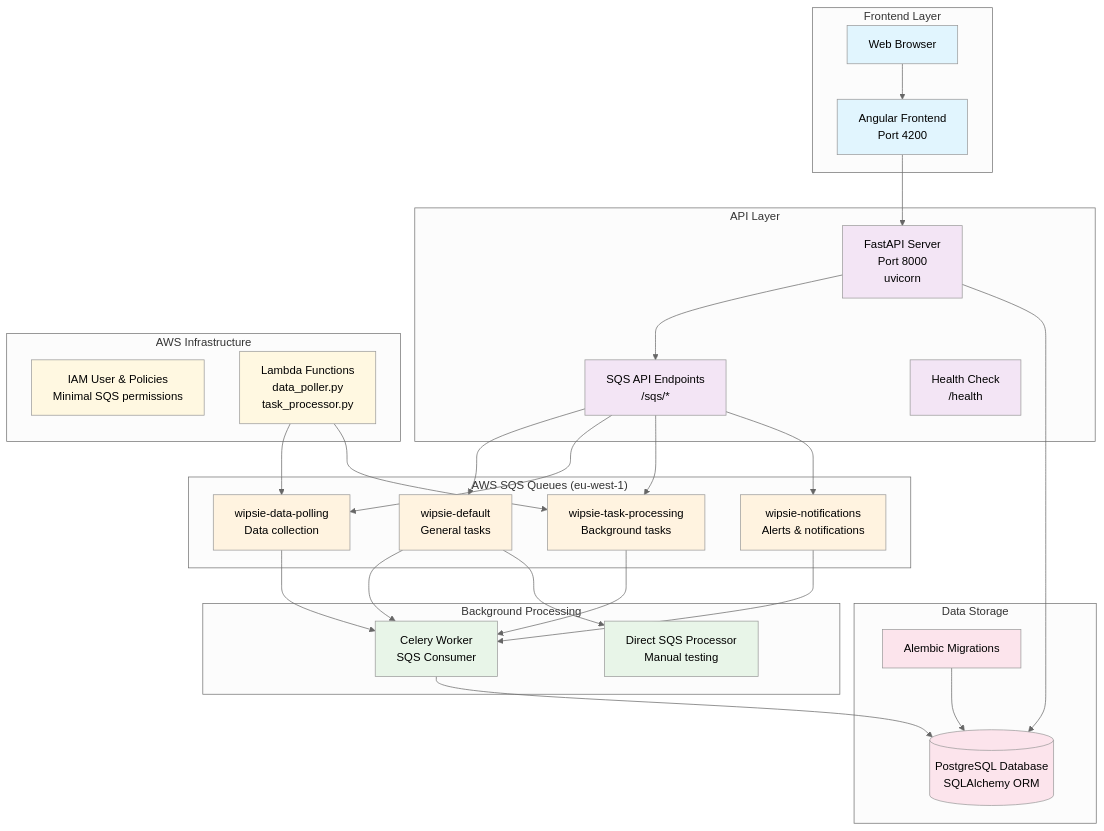
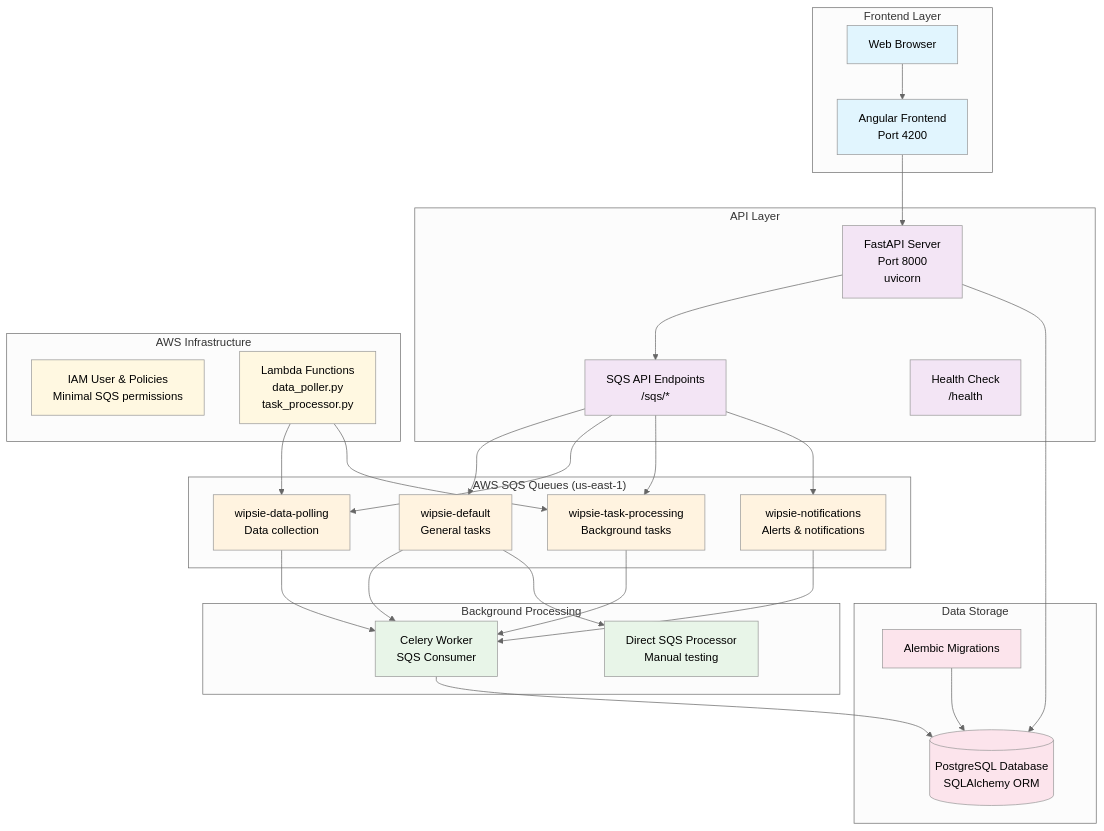
Before and after one commit to Dinkymoo/wipsie: the first of 6 diagrams in docs/ARCHITECTURE.md, drawn with Mermaid (neutral theme). The commit also changed other lines of this file and 33 other files, not shown here.

````diff
--- a/docs/ARCHITECTURE.md
+++ b/docs/ARCHITECTURE.md
@@ -27,79 +27,79 @@
 ```mermaid
 graph TB
     %% User Interface Layer
     subgraph "Frontend Layer"
         UI[Angular Frontend<br/>Port 4200]
         Browser[Web Browser]
     end
     
     %% API Layer
     subgraph "API Layer"
         FastAPI[FastAPI Server<br/>Port 8000<br/>uvicorn]
         SQSEndpoints[SQS API Endpoints<br/>/sqs/*]
         HealthCheck[Health Check<br/>/health]
     end
     
     %% Message Queue Layer
-    subgraph "AWS SQS Queues (eu-west-1)"
+    subgraph "AWS SQS Queues (us-east-1)"
         DefaultQ[wipsie-default<br/>General tasks]
         DataPollingQ[wipsie-data-polling<br/>Data collection]
         TaskProcessingQ[wipsie-task-processing<br/>Background tasks]
         NotificationsQ[wipsie-notifications<br/>Alerts & notifications]
     end
     
     %% Worker Layer
     subgraph "Background Processing"
         CeleryWorker[Celery Worker<br/>SQS Consumer]
         DirectProcessor[Direct SQS Processor<br/>Manual testing]
     end
     
     %% Data Layer
     subgraph "Data Storage"
         PostgreSQL[(PostgreSQL Database<br/>SQLAlchemy ORM)]
         Alembic[Alembic Migrations]
     end
     
     %% AWS Services
     subgraph "AWS Infrastructure"
         IAM[IAM User & Policies<br/>Minimal SQS permissions]
         Lambda[Lambda Functions<br/>data_poller.py<br/>task_processor.py]
     end
     
     %% Connections
     Browser --> UI
     UI --> FastAPI
     FastAPI --> SQSEndpoints
     SQSEndpoints --> DefaultQ
     SQSEndpoints --> DataPollingQ
     SQSEndpoints --> TaskProcessingQ
     SQSEndpoints --> NotificationsQ
     
     DefaultQ --> CeleryWorker
     DataPollingQ --> CeleryWorker
     TaskProcessingQ --> CeleryWorker
     NotificationsQ --> CeleryWorker
     
     DefaultQ --> DirectProcessor
     
     CeleryWorker --> PostgreSQL
     FastAPI --> PostgreSQL
     Alembic --> PostgreSQL
     
     Lambda --> DataPollingQ
     Lambda --> TaskProcessingQ
     
     %% Styling
     classDef frontend fill:#e1f5fe
     classDef api fill:#f3e5f5
     classDef queue fill:#fff3e0
     classDef worker fill:#e8f5e8
     classDef storage fill:#fce4ec
     classDef aws fill:#fff8e1
     
     class UI,Browser frontend
     class FastAPI,SQSEndpoints,HealthCheck api
     class DefaultQ,DataPollingQ,TaskProcessingQ,NotificationsQ queue
     class CeleryWorker,DirectProcessor worker
     class PostgreSQL,Alembic storage
     class IAM,Lambda aws
 ```
````
